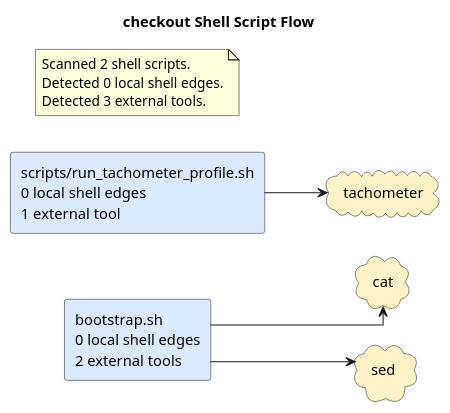
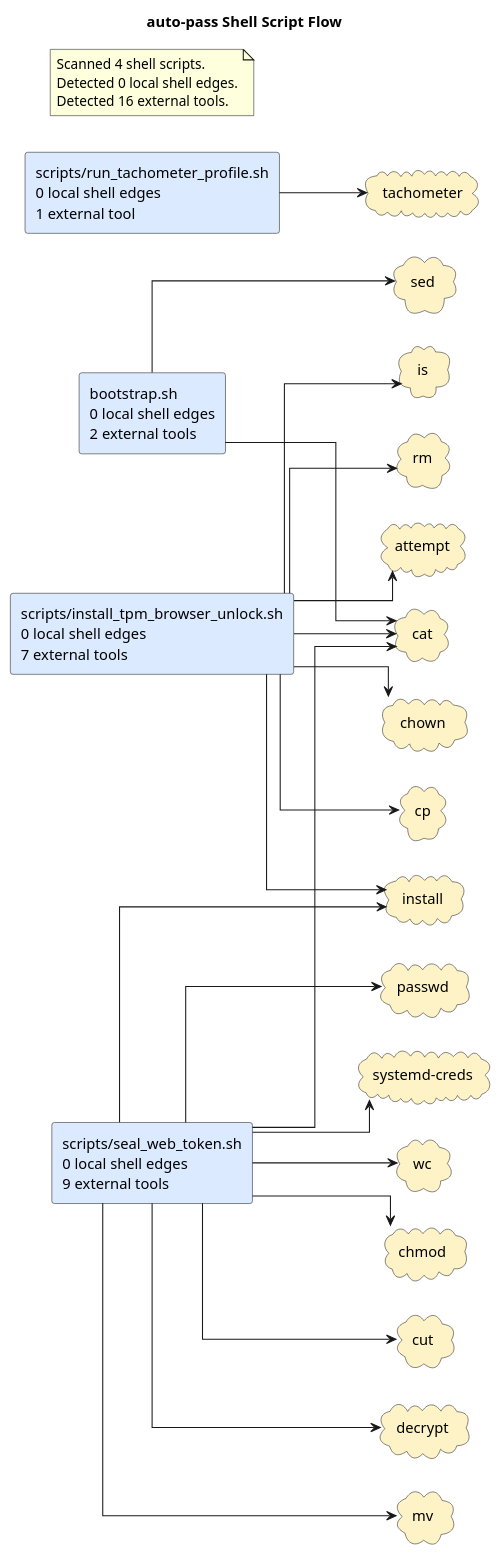
The diagram in docs/diagrams/shell-call-graph.puml (casonk/auto-pass), drawn with PlantUML before and after one commit. The commit also changed 25 other files, not shown here.

```diff
--- a/docs/diagrams/shell-call-graph.puml
+++ b/docs/diagrams/shell-call-graph.puml
@@ -1,21 +1,52 @@
 @startuml
-title checkout Shell Script Flow
+title auto-pass Shell Script Flow
 left to right direction
 skinparam shadowing false
 skinparam defaultFontName Monospace
 skinparam componentStyle rectangle
 skinparam linetype ortho
 rectangle "bootstrap.sh\n0 local shell edges\n2 external tools" as shell_bootstrap_sh #DBEAFE
+rectangle "scripts/install_tpm_browser_unlock.sh\n0 local shell edges\n7 external tools" as shell_scripts_install_tpm_browser_unlock_sh #DBEAFE
 rectangle "scripts/run_tachometer_profile.sh\n0 local shell edges\n1 external tool" as shell_scripts_run_tachometer_profile_sh #DBEAFE
+rectangle "scripts/seal_web_token.sh\n0 local shell edges\n9 external tools" as shell_scripts_seal_web_token_sh #DBEAFE
+cloud "attempt" as tool_attempt #FEF3C7
 cloud "cat" as tool_cat #FEF3C7
+cloud "chmod" as tool_chmod #FEF3C7
+cloud "chown" as tool_chown #FEF3C7
+cloud "cp" as tool_cp #FEF3C7
+cloud "cut" as tool_cut #FEF3C7
+cloud "decrypt" as tool_decrypt #FEF3C7
+cloud "install" as tool_install #FEF3C7
+cloud "is" as tool_is #FEF3C7
+cloud "mv" as tool_mv #FEF3C7
+cloud "passwd" as tool_passwd #FEF3C7
+cloud "rm" as tool_rm #FEF3C7
 cloud "sed" as tool_sed #FEF3C7
+cloud "systemd-creds" as tool_systemd_creds #FEF3C7
 cloud "tachometer" as tool_tachometer #FEF3C7
+cloud "wc" as tool_wc #FEF3C7
 shell_bootstrap_sh --> tool_cat
 shell_bootstrap_sh --> tool_sed
+shell_scripts_install_tpm_browser_unlock_sh --> tool_attempt
+shell_scripts_install_tpm_browser_unlock_sh --> tool_cat
+shell_scripts_install_tpm_browser_unlock_sh --> tool_chown
+shell_scripts_install_tpm_browser_unlock_sh --> tool_cp
+shell_scripts_install_tpm_browser_unlock_sh --> tool_install
+shell_scripts_install_tpm_browser_unlock_sh --> tool_is
+shell_scripts_install_tpm_browser_unlock_sh --> tool_rm
 shell_scripts_run_tachometer_profile_sh --> tool_tachometer
+shell_scripts_seal_web_token_sh --> tool_cat
+shell_scripts_seal_web_token_sh --> tool_chmod
+shell_scripts_seal_web_token_sh --> tool_cut
+shell_scripts_seal_web_token_sh --> tool_decrypt
+shell_scripts_seal_web_token_sh --> tool_install
+shell_scripts_seal_web_token_sh --> tool_mv
+shell_scripts_seal_web_token_sh --> tool_passwd
+shell_scripts_seal_web_token_sh --> tool_systemd_creds
+shell_scripts_seal_web_token_sh --> tool_wc
 note as shellGraphSummary
-Scanned 2 shell scripts.
+Scanned 4 shell scripts.
 Detected 0 local shell edges.
-Detected 3 external tools.
+Detected 16 external tools.
 end note
 @enduml
```
